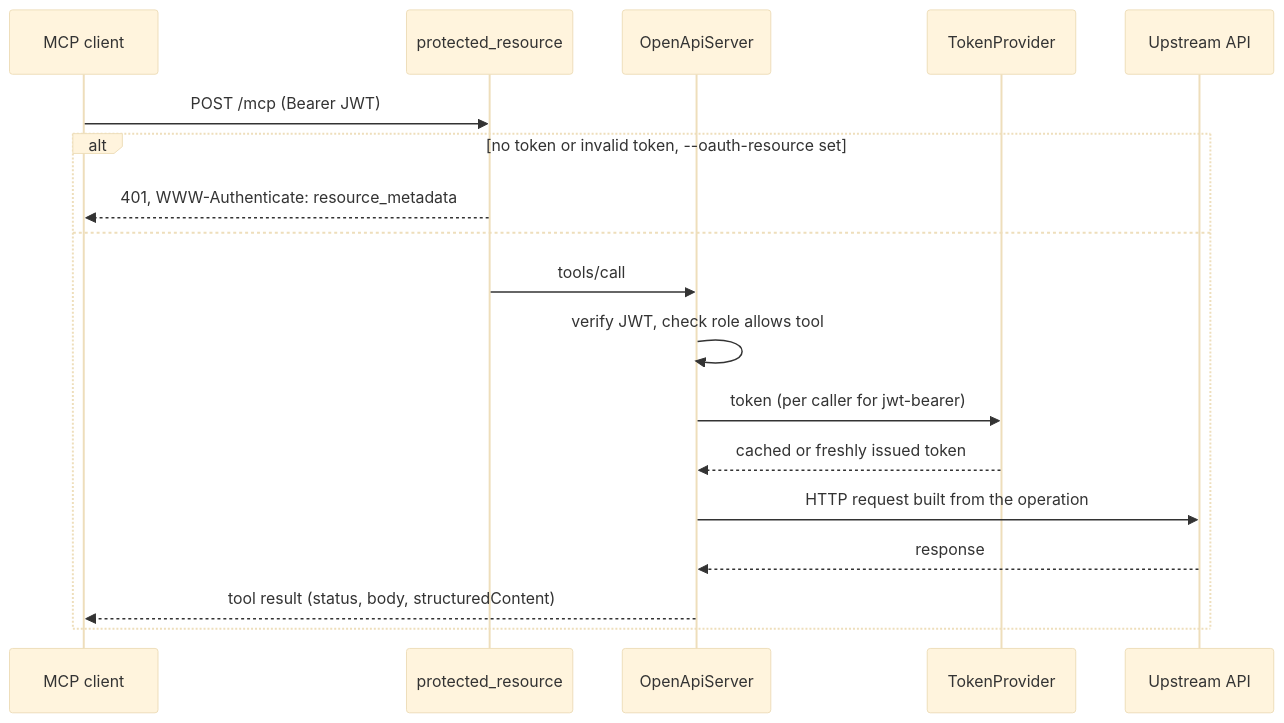
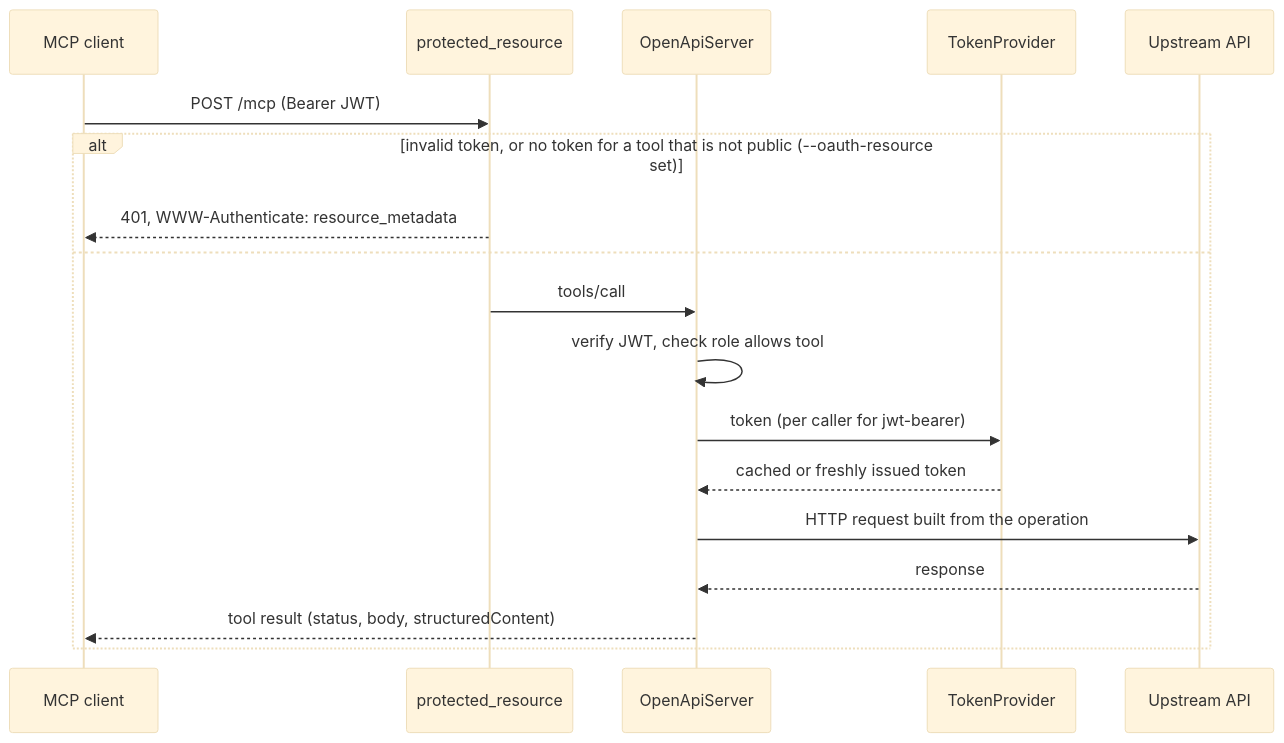
Before and after one commit to therealm-tech/oas2mcp: the second of 2 diagrams in ARCHITECTURE.md, drawn with Mermaid (base theme). The commit also changed other lines of this file and 12 other files, not shown here.

````diff
--- a/ARCHITECTURE.md
+++ b/ARCHITECTURE.md
@@ -74,21 +74,21 @@
 ```mermaid
 sequenceDiagram
     participant C as MCP client
     participant PR as protected_resource
     participant S as OpenApiServer
     participant P as TokenProvider
     participant A as Upstream API
 
     C->>PR: POST /mcp (Bearer JWT)
-    alt no token or invalid token, --oauth-resource set
+    alt invalid token, or no token for a tool that is not public (--oauth-resource set)
         PR-->>C: 401, WWW-Authenticate: resource_metadata
     else
         PR->>S: tools/call
         S->>S: verify JWT, check role allows tool
         S->>P: token (per caller for jwt-bearer)
         P-->>S: cached or freshly issued token
         S->>A: HTTP request built from the operation
         A-->>S: response
         S-->>C: tool result (status, body, structuredContent)
     end
 ```
````
